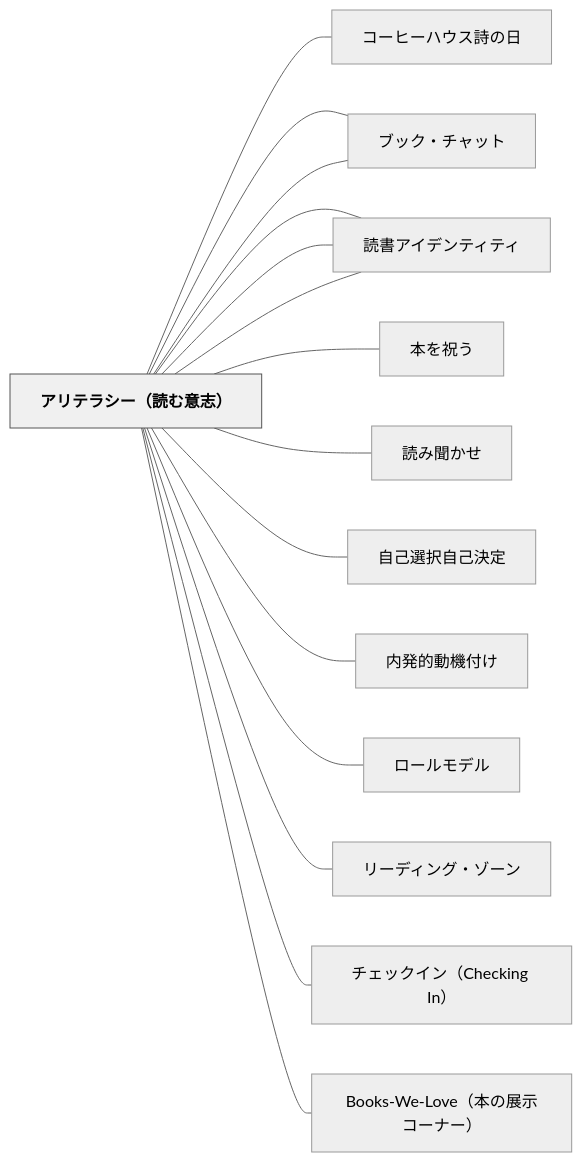
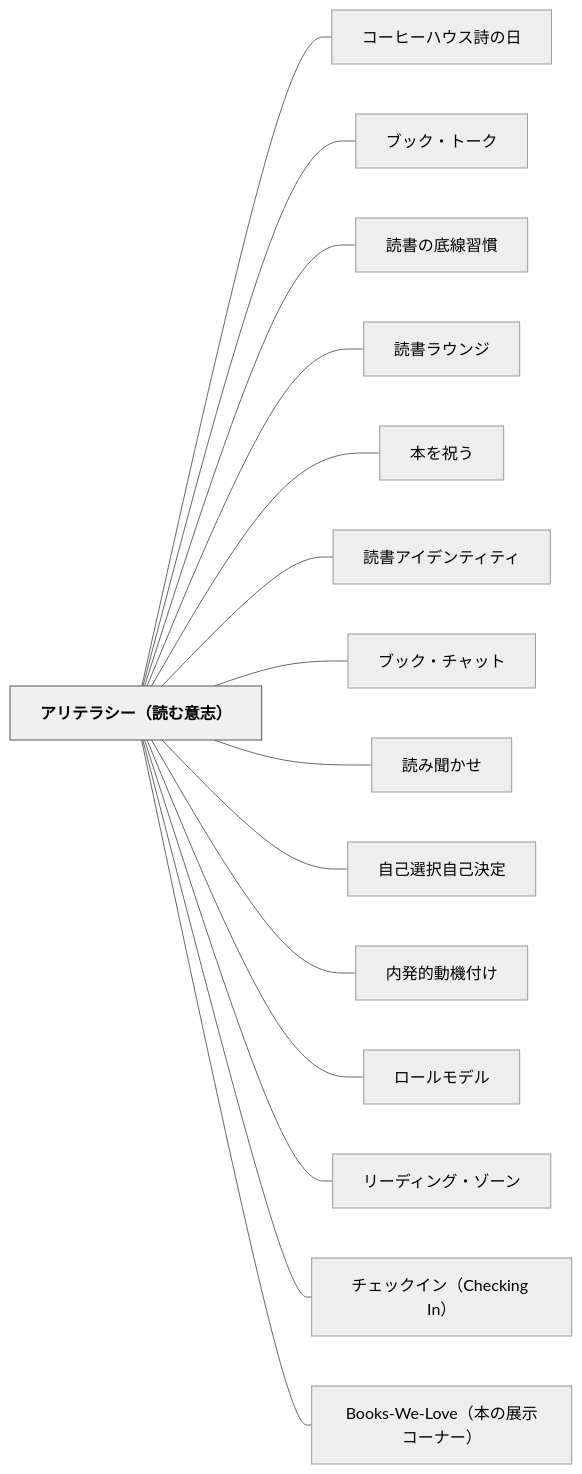
The diagram in content/パタン/アリテラシー（読む意志）.md (unknownthings-ed-patterns/unknownthings-ed-patterns), drawn with Mermaid (neutral theme) before and after one commit. The commit also changed 527 other files, not shown here.

````diff
--- a/content/パタン/アリテラシー（読む意志）.md
+++ b/content/パタン/アリテラシー（読む意志）.md
@@ -212,36 +212,36 @@
 ```mermaid
 flowchart LR
-    ne382a2e383aa["アリテラシー（読む意志）"]
-    ne382b3e383bc["コーヒーハウス詩の日"]
-    ne38396e38383["ブック・トーク"]
-    ne8aaade69bb8["読書の底線習慣"]
-    ne8aaade69bb8["読書ラウンジ"]
-    ne69cace38292["本を祝う"]
-    ne8aaade69bb8["読書アイデンティティ"]
-    ne38396e38383["ブック・チャット"]
-    ne8aaade381bf["読み聞かせ"]
-    ne887aae5b7b1["自己選択自己決定"]
-    ne58685e799ba["内発的動機付け"]
-    ne383ade383bc["ロールモデル"]
-    ne383aae383bc["リーディング・ゾーン"]
-    ne38381e382a7["チェックイン（Checking In）"]
-    n426f6f6b732d["Books-We-Love（本の展示コーナー）"]
+    ne382a2e383aae38386e383a9e382b7e383bcefbc88e8aaade38280e6848fe5bf97efbc89["アリテラシー（読む意志）"]
+    ne382b3e383bce38392e383bce3838fe382a6e382b9e8a9a9e381aee697a5["コーヒーハウス詩の日"]
+    ne38396e38383e382afe383bbe38388e383bce382af["ブック・トーク"]
+    ne8aaade69bb8e381aee5ba95e7b79ae7bf92e685a3["読書の底線習慣"]
+    ne8aaade69bb8e383a9e382a6e383b3e382b8["読書ラウンジ"]
+    ne69cace38292e7a59de38186["本を祝う"]
+    ne8aaade69bb8e382a2e382a4e38387e383b3e38386e382a3e38386e382a3["読書アイデンティティ"]
+    ne38396e38383e382afe383bbe38381e383a3e38383e38388["ブック・チャット"]
+    ne8aaade381bfe8819ee3818be3819b["読み聞かせ"]
+    ne887aae5b7b1e981b8e68a9ee887aae5b7b1e6b1bae5ae9a["自己選択自己決定"]
+    ne58685e799bae79a84e58b95e6a99fe4bb98e38191["内発的動機付け"]
+    ne383ade383bce383abe383a2e38387e383ab["ロールモデル"]
+    ne383aae383bce38387e382a3e383b3e382b0e383bbe382bee383bce383b3["リーディング・ゾーン"]
+    ne38381e382a7e38383e382afe382a4e383b3efbc88436865636b696e6720496eefbc89["チェックイン（Checking In）"]
+    n426f6f6b732d57652d4c6f7665efbc88e69cace381aee5b195e7a4bae382b3e383bce3838ae383bcefbc89["Books-We-Love（本の展示コーナー）"]
 
-    ne382a2e383aa --- ne382b3e383bc
-    ne382a2e383aa --- ne38396e38383
-    ne382a2e383aa --- ne8aaade69bb8
-    ne382a2e383aa --- ne8aaade69bb8
-    ne382a2e383aa --- ne69cace38292
-    ne382a2e383aa --- ne8aaade69bb8
-    ne382a2e383aa --- ne38396e38383
-    ne382a2e383aa --- ne8aaade381bf
-    ne382a2e383aa --- ne887aae5b7b1
-    ne382a2e383aa --- ne58685e799ba
-    ne382a2e383aa --- ne383ade383bc
-    ne382a2e383aa --- ne383aae383bc
-    ne382a2e383aa --- ne38381e382a7
-    ne382a2e383aa --- n426f6f6b732d
+    ne382a2e383aae38386e383a9e382b7e383bcefbc88e8aaade38280e6848fe5bf97efbc89 --- ne382b3e383bce38392e383bce3838fe382a6e382b9e8a9a9e381aee697a5
+    ne382a2e383aae38386e383a9e382b7e383bcefbc88e8aaade38280e6848fe5bf97efbc89 --- ne38396e38383e382afe383bbe38388e383bce382af
+    ne382a2e383aae38386e383a9e382b7e383bcefbc88e8aaade38280e6848fe5bf97efbc89 --- ne8aaade69bb8e381aee5ba95e7b79ae7bf92e685a3
+    ne382a2e383aae38386e383a9e382b7e383bcefbc88e8aaade38280e6848fe5bf97efbc89 --- ne8aaade69bb8e383a9e382a6e383b3e382b8
+    ne382a2e383aae38386e383a9e382b7e383bcefbc88e8aaade38280e6848fe5bf97efbc89 --- ne69cace38292e7a59de38186
+    ne382a2e383aae38386e383a9e382b7e383bcefbc88e8aaade38280e6848fe5bf97efbc89 --- ne8aaade69bb8e382a2e382a4e38387e383b3e38386e382a3e38386e382a3
+    ne382a2e383aae38386e383a9e382b7e383bcefbc88e8aaade38280e6848fe5bf97efbc89 --- ne38396e38383e382afe383bbe38381e383a3e38383e38388
+    ne382a2e383aae38386e383a9e382b7e383bcefbc88e8aaade38280e6848fe5bf97efbc89 --- ne8aaade381bfe8819ee3818be3819b
+    ne382a2e383aae38386e383a9e382b7e383bcefbc88e8aaade38280e6848fe5bf97efbc89 --- ne887aae5b7b1e981b8e68a9ee887aae5b7b1e6b1bae5ae9a
+    ne382a2e383aae38386e383a9e382b7e383bcefbc88e8aaade38280e6848fe5bf97efbc89 --- ne58685e799bae79a84e58b95e6a99fe4bb98e38191
+    ne382a2e383aae38386e383a9e382b7e383bcefbc88e8aaade38280e6848fe5bf97efbc89 --- ne383ade383bce383abe383a2e38387e383ab
+    ne382a2e383aae38386e383a9e382b7e383bcefbc88e8aaade38280e6848fe5bf97efbc89 --- ne383aae383bce38387e382a3e383b3e382b0e383bbe382bee383bce383b3
+    ne382a2e383aae38386e383a9e382b7e383bcefbc88e8aaade38280e6848fe5bf97efbc89 --- ne38381e382a7e38383e382afe382a4e383b3efbc88436865636b696e6720496eefbc89
+    ne382a2e383aae38386e383a9e382b7e383bcefbc88e8aaade38280e6848fe5bf97efbc89 --- n426f6f6b732d57652d4c6f7665efbc88e69cace381aee5b195e7a4bae382b3e383bce3838ae383bcefbc89
 
     classDef hub fill:#f0f0f0,stroke:#555,color:#000,font-weight:bold
-    class ne382a2e383aa hub
+    class ne382a2e383aae38386e383a9e382b7e383bcefbc88e8aaade38280e6848fe5bf97efbc89 hub
 ```
````
